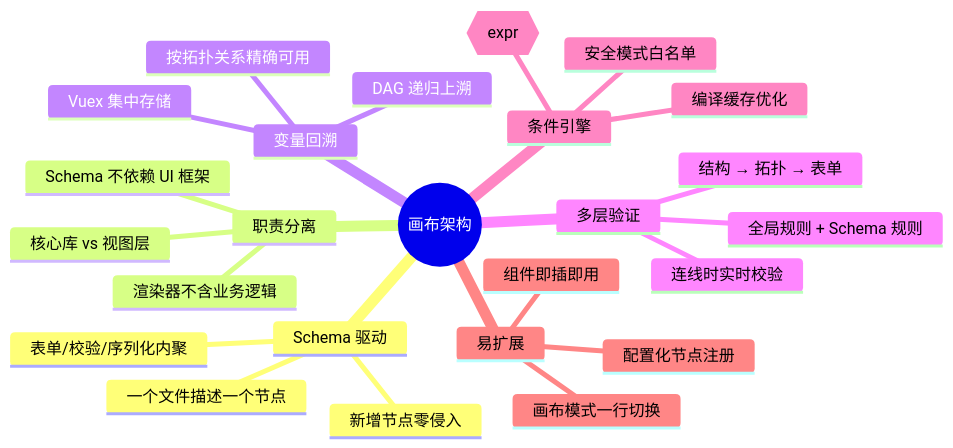
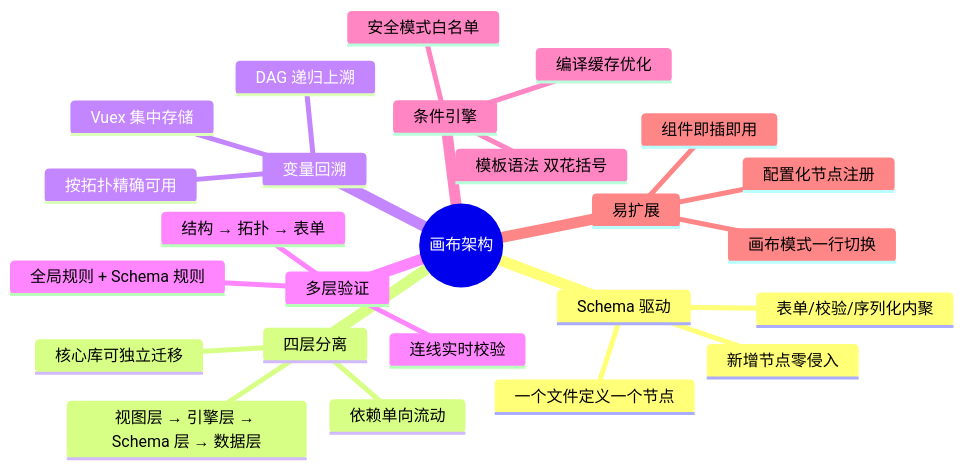
Before and after one commit to zhaoky/site: diagram 11 of 11 in docs/exp/javascript/107.md, drawn with Mermaid. The commit also changed other lines of this file, not shown here.

Commit message:
feat: 更新文档，重构架构图并增强层级分离描述

````diff
--- a/docs/exp/javascript/107.md
+++ b/docs/exp/javascript/107.md
@@ -548,28 +641,28 @@
 ```mermaid
 mindmap
   root((画布架构))
     Schema 驱动
-      一个文件描述一个节点
+      一个文件定义一个节点
       表单/校验/序列化内聚
       新增节点零侵入
-    职责分离
-      核心库 vs 视图层
-      渲染器不含业务逻辑
-      Schema 不依赖 UI 框架
+    四层分离
+      视图层 → 引擎层 → Schema 层 → 数据层
+      依赖单向流动
+      核心库可独立迁移
     变量回溯
       DAG 递归上溯
       Vuex 集中存储
-      按拓扑关系精确可用
+      按拓扑精确可用
     多层验证
       结构 → 拓扑 → 表单
       全局规则 + Schema 规则
-      连线时实时校验
+      连线实时校验
     条件引擎
-      模板语法 {{expr}}
+      模板语法 双花括号
       编译缓存优化
       安全模式白名单
     易扩展
       配置化节点注册
       画布模式一行切换
       组件即插即用
 ```
````
